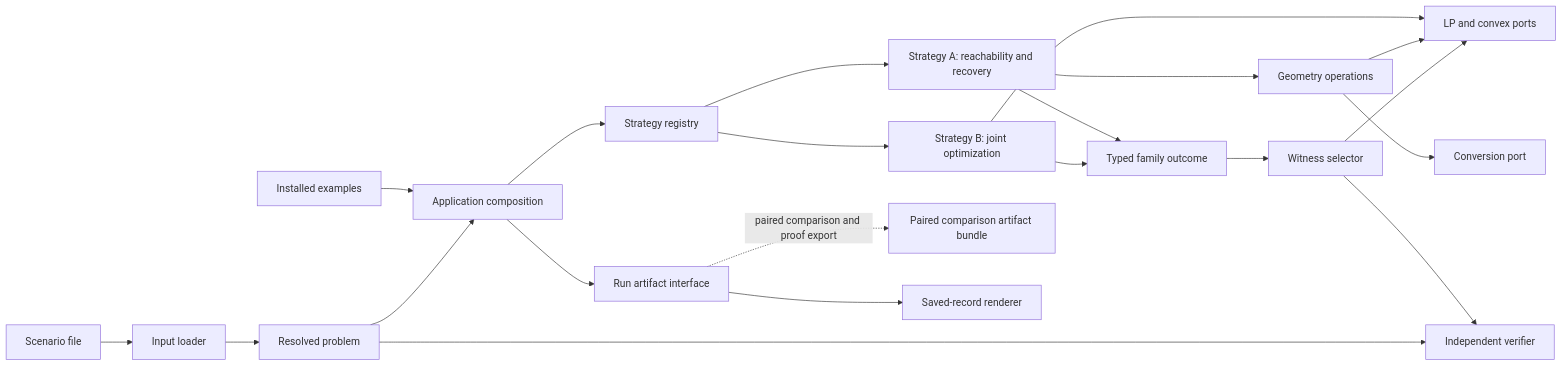
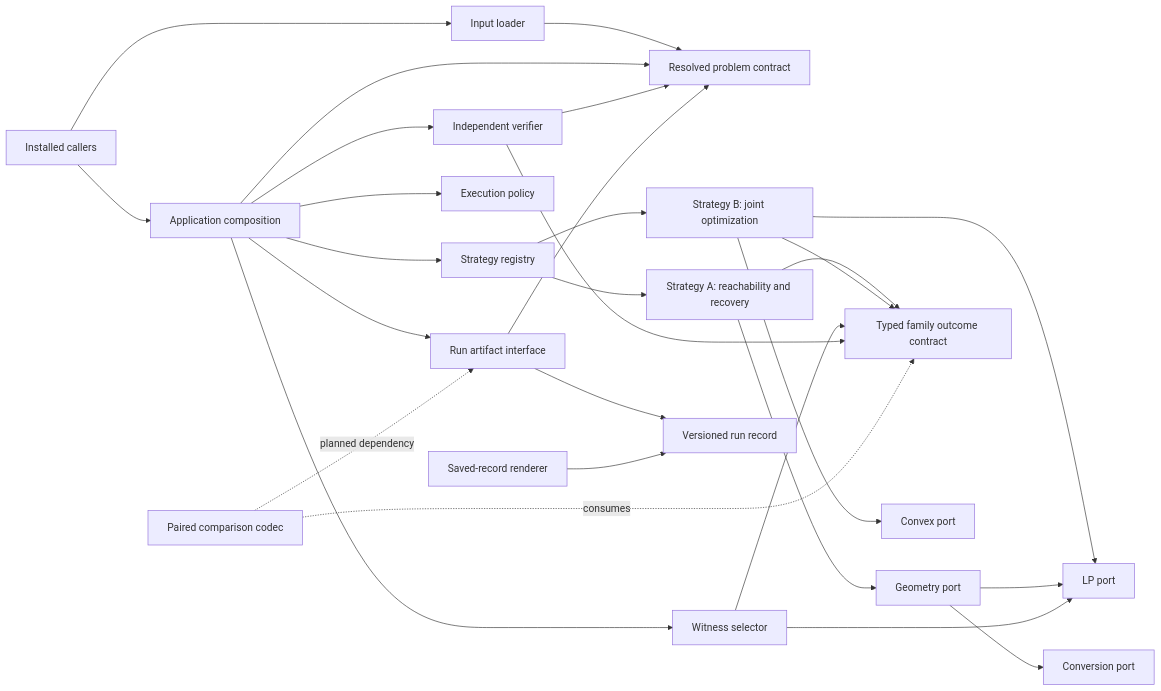
One commit to butahlecoq/controlled-systems-lab changed the diagram in docs/architecture/framework-composition.md. Above: the diagram before and after it, drawn with Mermaid. The commit also changed other lines of this file, not shown here.

Commit message:
Make architecture arrows dependency consistent

````diff
--- a/docs/architecture/framework-composition.md
+++ b/docs/architecture/framework-composition.md
@@ -15,23 +15,30 @@
 ```mermaid
 flowchart LR
-    SC[Scenario file] --> IN[Input loader]
-    IN --> PR[Resolved problem]
-    EX[Installed examples] --> AP[Application composition]
-    PR --> AP
+    EX[Installed callers] --> IN[Input loader]
+    EX --> AP[Application composition]
+    IN --> PR[Resolved problem contract]
+    AP --> PR
     AP --> SR[Strategy registry]
+    AP --> WS[Witness selector]
+    AP --> V[Independent verifier]
+    AP --> EXEC[Execution policy]
+    AP --> ART[Run artifact interface]
     SR --> A[Strategy A: reachability and recovery]
     SR --> B[Strategy B: joint optimization]
-    A --> GEO[Geometry operations]
-    B --> LP[LP and convex ports]
+    A --> GEO[Geometry port]
+    A --> F[Typed family outcome contract]
+    B --> LP[LP port]
+    B --> CVX[Convex port]
+    B --> F
     GEO --> LP
     GEO --> CV[Conversion port]
-    A --> F[Typed family outcome]
-    B --> F
-    F --> WS[Witness selector]
+    WS --> F
     WS --> LP
-    WS --> V[Independent verifier]
-    PR --> V
-    AP --> ART[Run artifact interface]
-    ART -. paired comparison and proof export .-> RP[Paired comparison artifact bundle]
-    ART --> R[Saved-record renderer]
+    V --> PR
+    V --> F
+    ART --> PR
+    ART --> RECORD[Versioned run record]
+    R[Saved-record renderer] --> RECORD
+    PAIR[Paired comparison codec] -. planned dependency .-> ART
+    PAIR -. consumes .-> F
 ```
````
